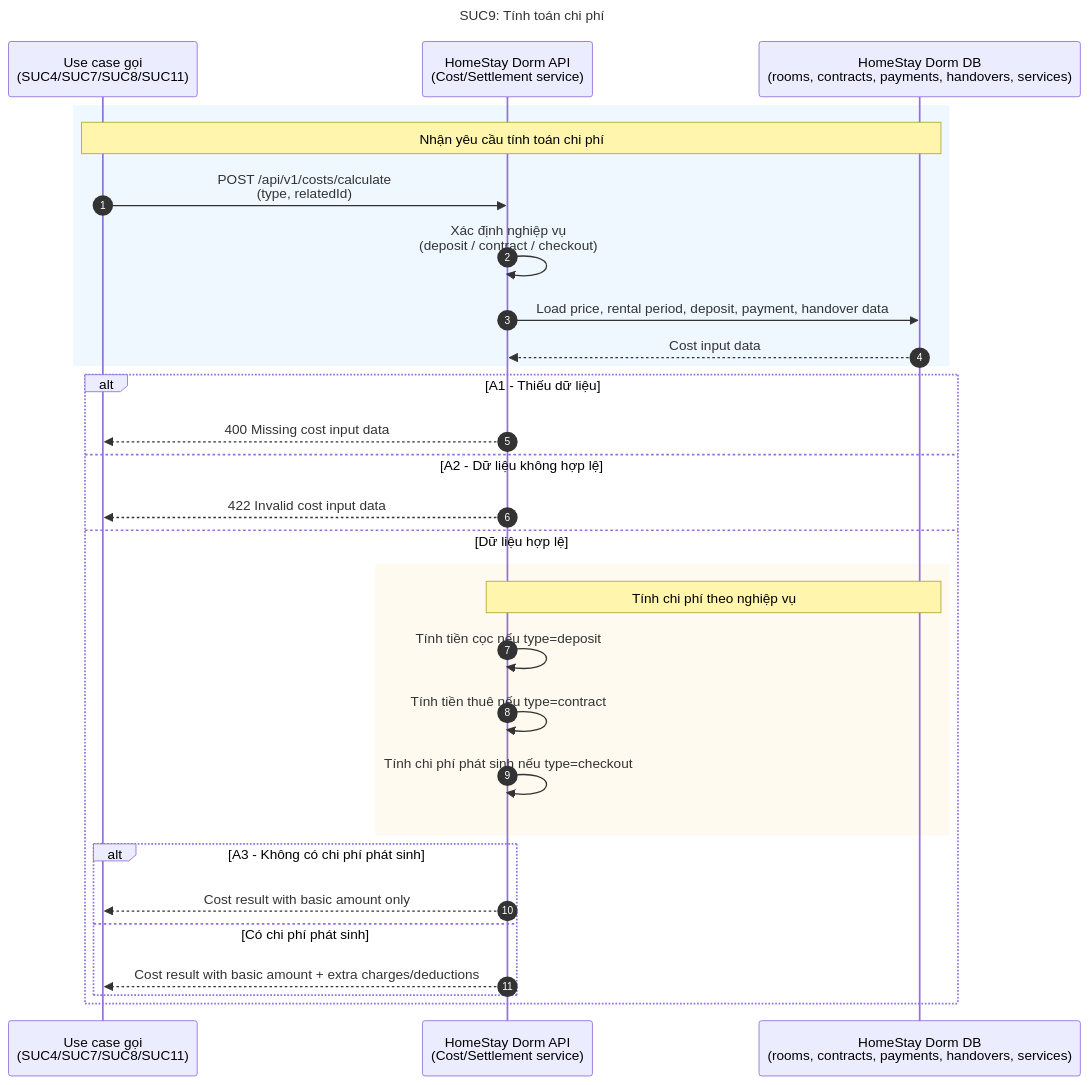
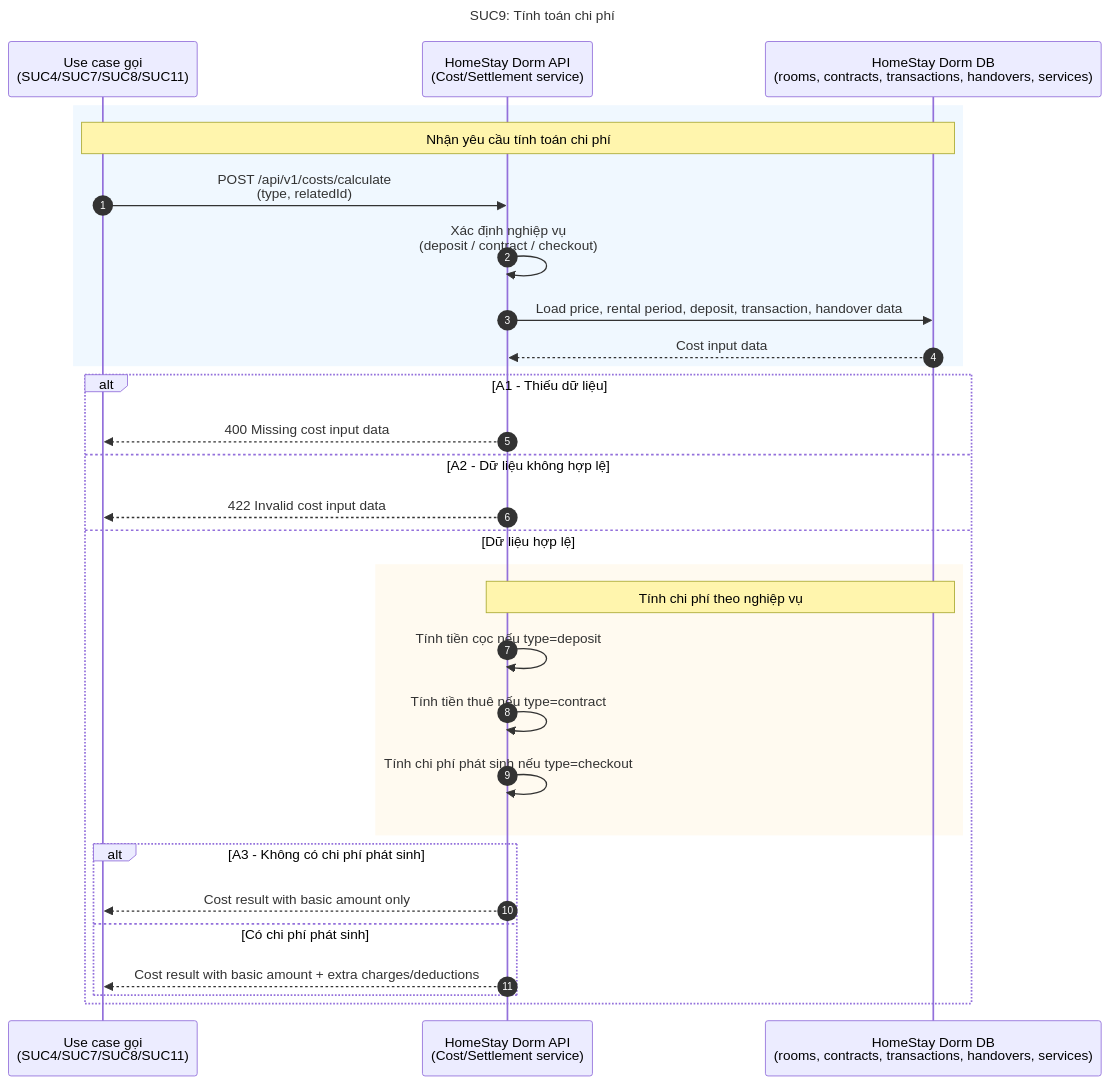
Before and after one commit to dinhdaivu/CSC12004_Information-Systems-Analysis-and-Design: the diagram in docs/SUC/SUC09-tinh-toan-chi-phi.mmd, drawn with Mermaid. The commit also changed 11 other files, not shown here.

```diff
--- a/docs/SUC/SUC09-tinh-toan-chi-phi.mmd
+++ b/docs/SUC/SUC09-tinh-toan-chi-phi.mmd
@@ -1,33 +1,33 @@
 sequenceDiagram
     title SUC9: Tính toán chi phí
     autonumber
     participant Caller as Use case gọi<br/>(SUC4/SUC7/SUC8/SUC11)
     participant API as HomeStay Dorm API<br/>(Cost/Settlement service)
-    participant DB as HomeStay Dorm DB<br/>(rooms, contracts, payments, handovers, services)
+    participant DB as HomeStay Dorm DB<br/>(rooms, contracts, transactions, handovers, services)
 
     rect rgb(240, 248, 255)
         Note over Caller, DB: Nhận yêu cầu tính toán chi phí
         Caller->>API: POST /api/v1/costs/calculate<br/>(type, relatedId)
         API->>API: Xác định nghiệp vụ<br/>(deposit / contract / checkout)
-        API->>DB: Load price, rental period, deposit, payment, handover data
+        API->>DB: Load price, rental period, deposit, transaction, handover data
         DB-->>API: Cost input data
     end
 
     alt A1 - Thiếu dữ liệu
         API-->>Caller: 400 Missing cost input data
     else A2 - Dữ liệu không hợp lệ
         API-->>Caller: 422 Invalid cost input data
     else Dữ liệu hợp lệ
         rect rgb(255, 250, 240)
             Note over API, DB: Tính chi phí theo nghiệp vụ
             API->>API: Tính tiền cọc nếu type=deposit
             API->>API: Tính tiền thuê nếu type=contract
             API->>API: Tính chi phí phát sinh nếu type=checkout
         end
 
         alt A3 - Không có chi phí phát sinh
             API-->>Caller: Cost result with basic amount only
         else Có chi phí phát sinh
             API-->>Caller: Cost result with basic amount + extra charges/deductions
         end
     end
```
